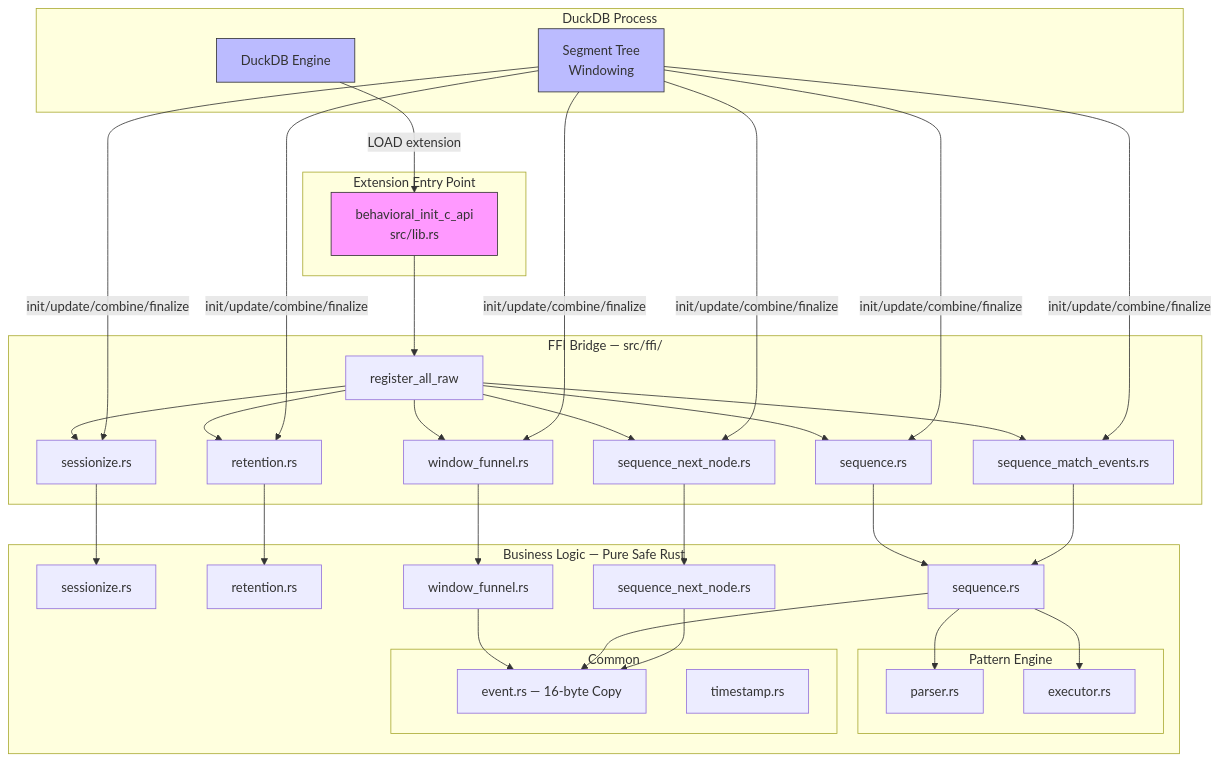
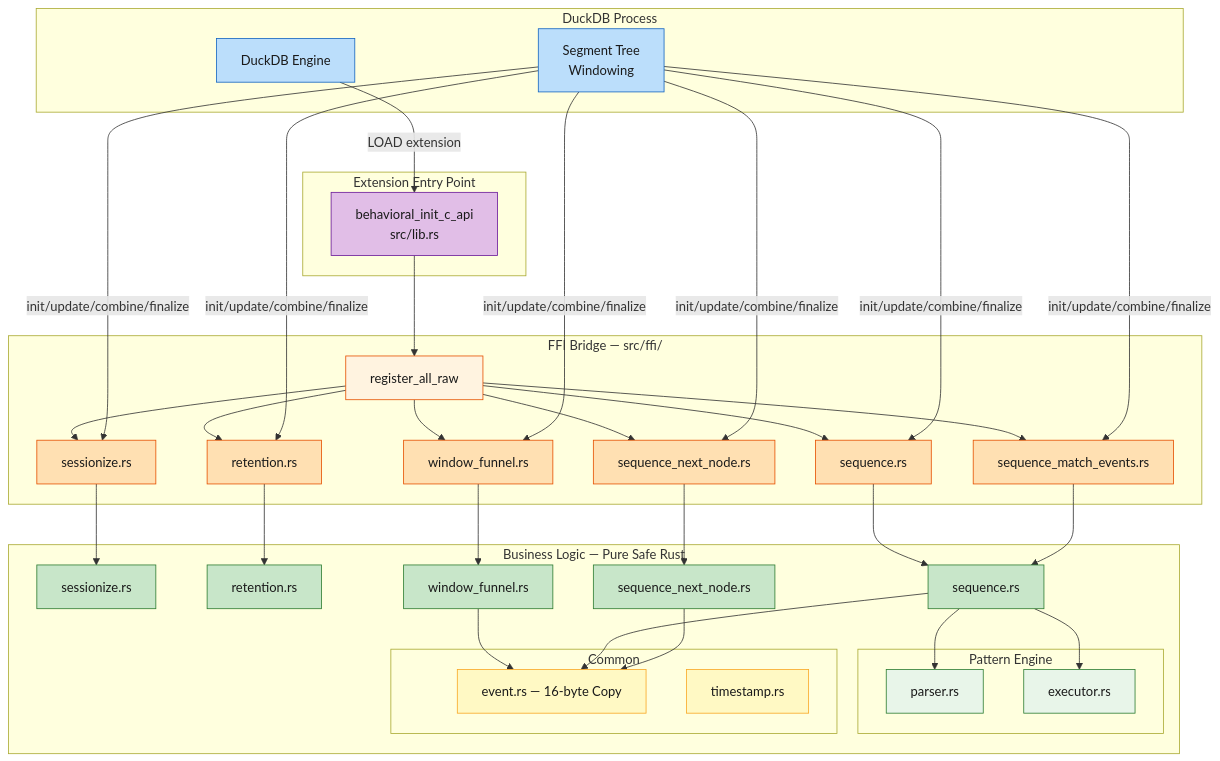
One commit to tomtom215/duckdb-behavioral changed the first of 4 diagrams in docs/src/engineering.md. Above: the diagram before and after it, drawn with Mermaid. The commit also changed other lines of this file and 33 other files, not shown here.

````diff
--- a/docs/src/engineering.md
+++ b/docs/src/engineering.md
@@ -39,56 +39,72 @@
 ```mermaid
 graph TB
     subgraph "DuckDB Process"
         DDB[DuckDB Engine]
         SEG[Segment Tree<br/>Windowing]
     end
 
     subgraph "Extension Entry Point"
         EP[behavioral_init_c_api<br/>src/lib.rs]
     end
 
     subgraph "FFI Bridge — src/ffi/"
         REG[register_all_raw]
         FS[sessionize.rs]
         FR[retention.rs]
         FW[window_funnel.rs]
         FQ[sequence.rs]
         FE[sequence_match_events.rs]
         FN[sequence_next_node.rs]
     end
 
     subgraph "Business Logic — Pure Safe Rust"
         SS[sessionize.rs]
         SR[retention.rs]
         SW[window_funnel.rs]
         SQ[sequence.rs]
         SN[sequence_next_node.rs]
         subgraph "Pattern Engine"
             PP[parser.rs]
             PE[executor.rs]
         end
         subgraph "Common"
             EV[event.rs — 16-byte Copy]
             TS[timestamp.rs]
         end
     end
 
     DDB -->|LOAD extension| EP
     EP --> REG
     REG --> FS & FR & FW & FQ & FE & FN
     SEG -->|init/update/combine/finalize| FS & FR & FW & FQ & FE & FN
     FS --> SS
     FR --> SR
     FW --> SW
     FQ --> SQ
     FE --> SQ
     FN --> SN
     SQ --> PP & PE
     SW --> EV
     SQ --> EV
     SN --> EV
 
-    style EP fill:#f9f,stroke:#333
-    style DDB fill:#bbf,stroke:#333
-    style SEG fill:#bbf,stroke:#333
+    style EP fill:#e1bee7,stroke:#6a1b9a,color:#1a1a1a
+    style DDB fill:#bbdefb,stroke:#1565c0,color:#1a1a1a
+    style SEG fill:#bbdefb,stroke:#1565c0,color:#1a1a1a
+    style REG fill:#fff3e0,stroke:#e65100,color:#1a1a1a
+    style FS fill:#ffe0b2,stroke:#e65100,color:#1a1a1a
+    style FR fill:#ffe0b2,stroke:#e65100,color:#1a1a1a
+    style FW fill:#ffe0b2,stroke:#e65100,color:#1a1a1a
+    style FQ fill:#ffe0b2,stroke:#e65100,color:#1a1a1a
+    style FE fill:#ffe0b2,stroke:#e65100,color:#1a1a1a
+    style FN fill:#ffe0b2,stroke:#e65100,color:#1a1a1a
+    style SS fill:#c8e6c9,stroke:#2e7d32,color:#1a1a1a
+    style SR fill:#c8e6c9,stroke:#2e7d32,color:#1a1a1a
+    style SW fill:#c8e6c9,stroke:#2e7d32,color:#1a1a1a
+    style SQ fill:#c8e6c9,stroke:#2e7d32,color:#1a1a1a
+    style SN fill:#c8e6c9,stroke:#2e7d32,color:#1a1a1a
+    style PP fill:#e8f5e9,stroke:#2e7d32,color:#1a1a1a
+    style PE fill:#e8f5e9,stroke:#2e7d32,color:#1a1a1a
+    style EV fill:#fff9c4,stroke:#f9a825,color:#1a1a1a
+    style TS fill:#fff9c4,stroke:#f9a825,color:#1a1a1a
 ```
````
